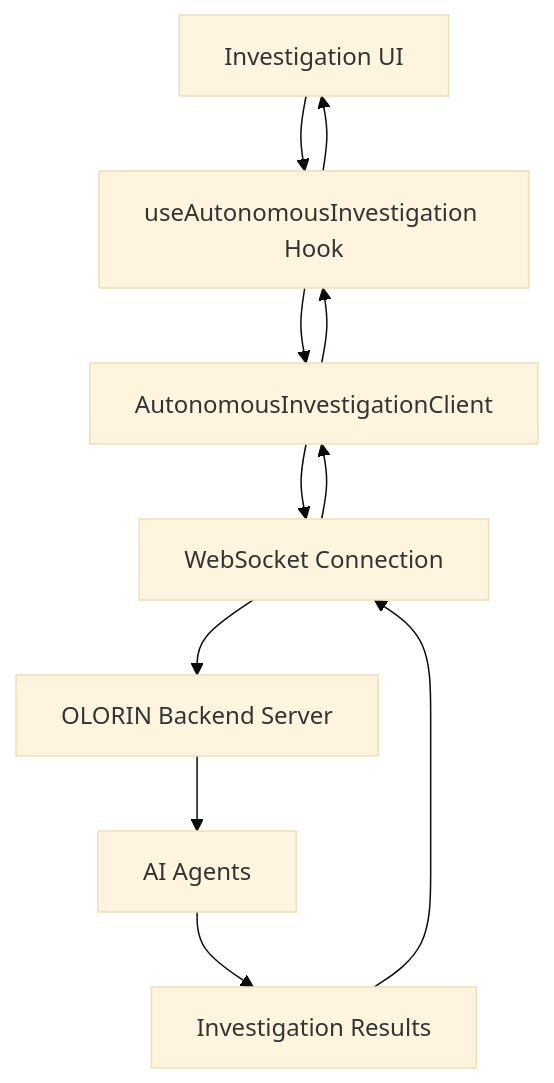
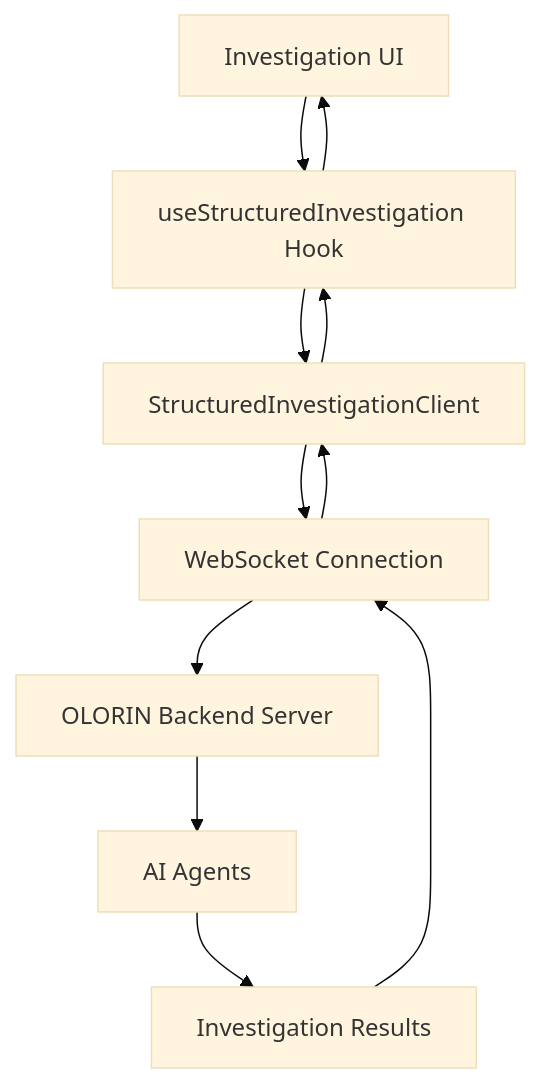
One commit to Olorin-ai-git/Bayit-Plus changed the diagram in docs/frontend/AUTONOMOUS_INVESTIGATION_TECHNICAL_GUIDE.md. Above: the diagram before and after it, drawn with Mermaid (base theme). The commit also changed other lines of this file and 703 other files, not shown here.

````diff
--- a/docs/frontend/AUTONOMOUS_INVESTIGATION_TECHNICAL_GUIDE.md
+++ b/docs/frontend/AUTONOMOUS_INVESTIGATION_TECHNICAL_GUIDE.md
@@ -25,13 +25,13 @@
 ```mermaid
 graph TB
-    UI[Investigation UI] --> Hook[useAutonomousInvestigation Hook]
-    Hook --> Client[AutonomousInvestigationClient]
+    UI[Investigation UI] --> Hook[useStructuredInvestigation Hook]
+    Hook --> Client[StructuredInvestigationClient]
     Client --> WS[WebSocket Connection]
     WS --> Server[OLORIN Backend Server]
     Server --> Agents[AI Agents]
     Agents --> Results[Investigation Results]
     Results --> WS
     WS --> Client
     Client --> Hook
     Hook --> UI
 ```
````
